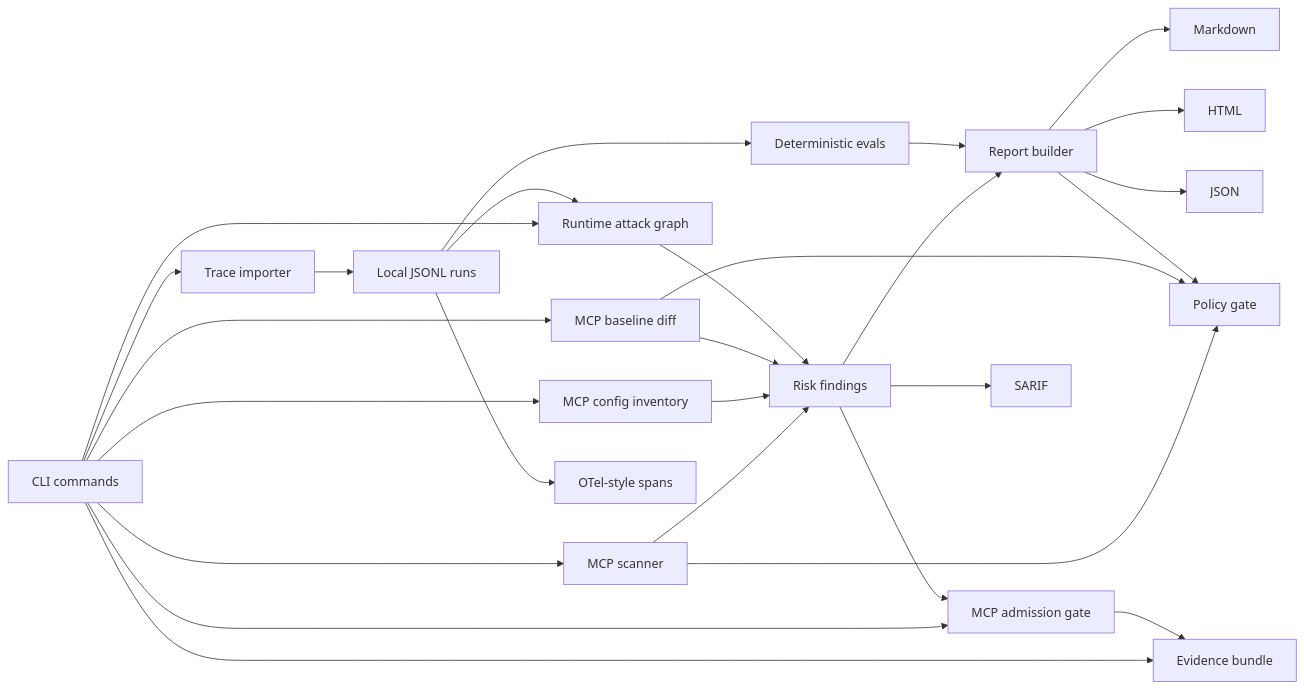
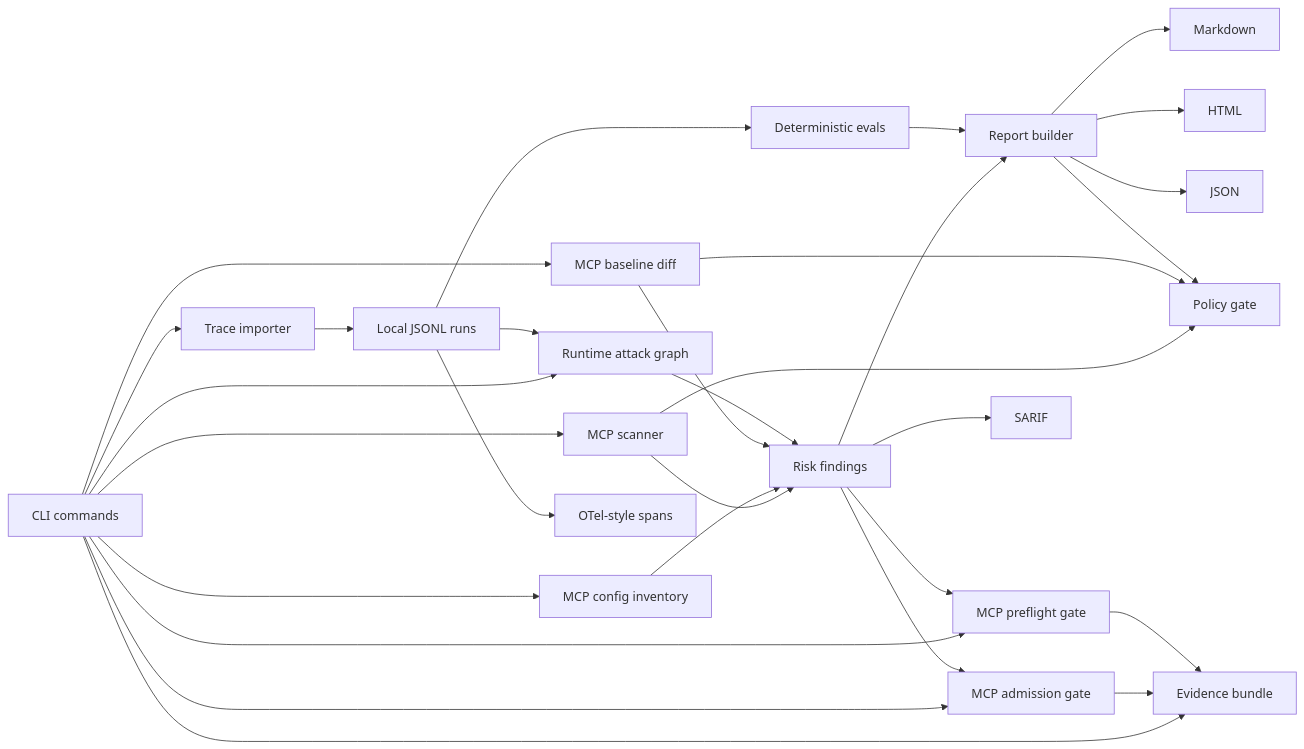
Before and after one commit to Gowrav-M/agentops-watchtower: the diagram in docs/architecture.md, drawn with Mermaid. The commit also changed other lines of this file and 16 other files, not shown here.

Commit message:
feat: add mcp preflight gate

````diff
--- a/docs/architecture.md
+++ b/docs/architecture.md
@@ -5,29 +5,32 @@
 ```mermaid
 flowchart LR
   CLI["CLI commands"] --> Importer["Trace importer"]
   CLI --> Scanner["MCP scanner"]
   CLI --> Inventory["MCP config inventory"]
   CLI --> Baseline["MCP baseline diff"]
   CLI --> Admission["MCP admission gate"]
+  CLI --> Gate["MCP preflight gate"]
   CLI --> AttackGraph["Runtime attack graph"]
   CLI --> Evidence["Evidence bundle"]
   Importer --> Runs["Local JSONL runs"]
   Scanner --> Findings["Risk findings"]
   Inventory --> Findings
   Baseline --> Findings
   Findings --> Admission
+  Findings --> Gate
   Admission --> Evidence
+  Gate --> Evidence
   Runs --> Evals["Deterministic evals"]
   Runs --> AttackGraph
   AttackGraph --> Findings
   Findings --> Report["Report builder"]
   Evals --> Report
   Report --> Markdown["Markdown"]
   Report --> HTML["HTML"]
   Report --> JSON["JSON"]
   Runs --> OTel["OTel-style spans"]
   Findings --> SARIF["SARIF"]
   Scanner --> Policy["Policy gate"]
   Baseline --> Policy
   Report --> Policy
 ```
````
